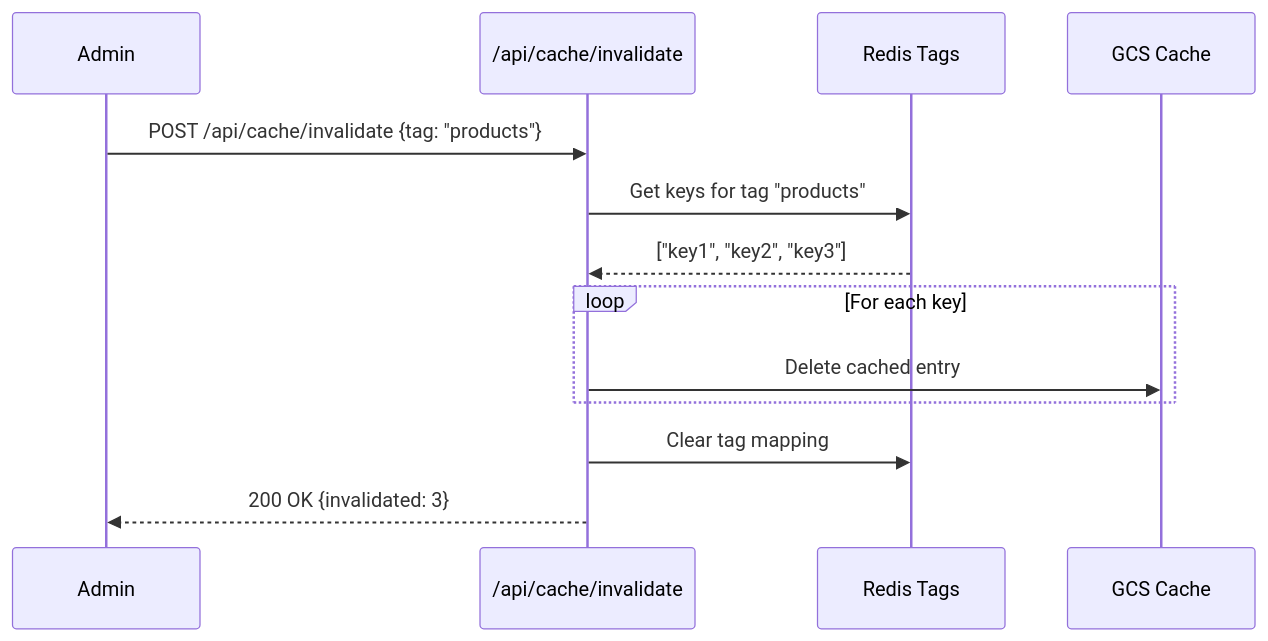
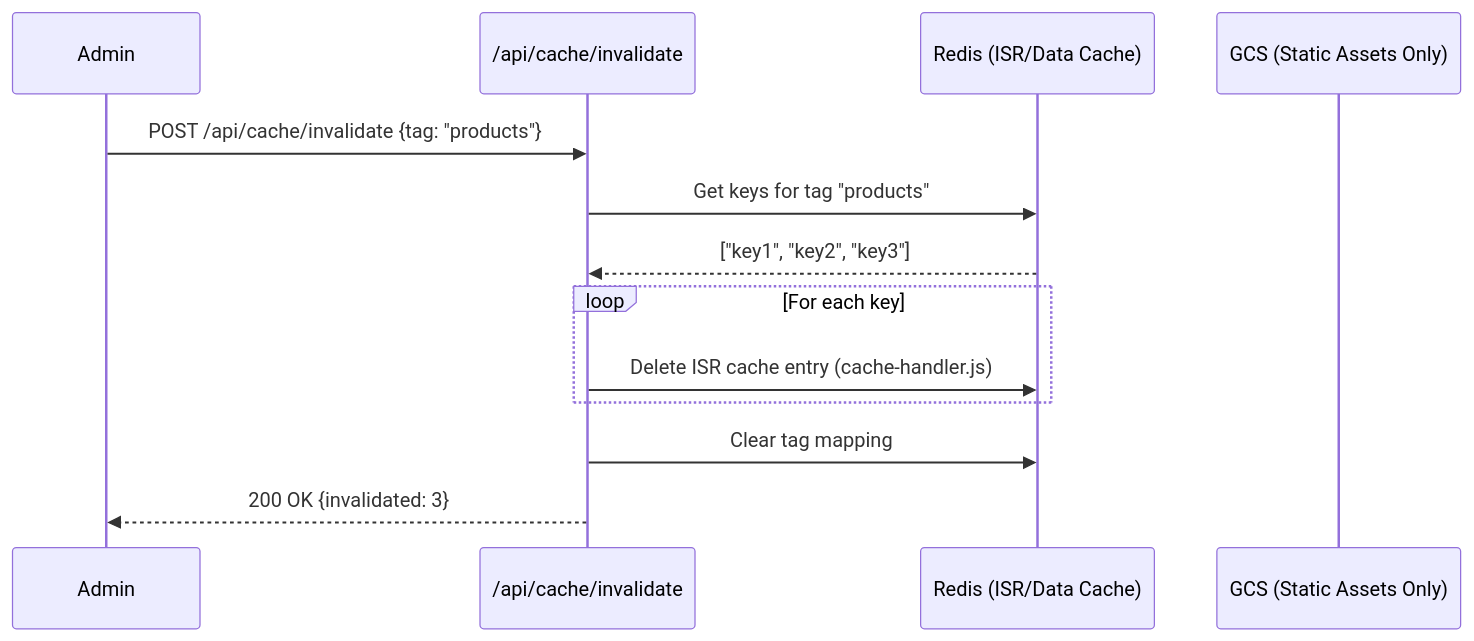
The third of 5 diagrams in docs/ARCHITECTURE.md (getknext-dev/knext), drawn with Mermaid before and after one commit. The commit also changed other lines of this file and 3 other files, not shown here.

````diff
--- a/docs/ARCHITECTURE.md
+++ b/docs/ARCHITECTURE.md
@@ -123,16 +123,16 @@
 ```mermaid
 sequenceDiagram
     participant Admin
     participant API as /api/cache/invalidate
-    participant Redis as Redis Tags
-    participant GCS as GCS Cache
+    participant Redis as Redis (ISR/Data Cache)
+    participant GCS as GCS (Static Assets Only)
     
     Admin->>API: POST /api/cache/invalidate {tag: "products"}
     API->>Redis: Get keys for tag "products"
     Redis-->>API: ["key1", "key2", "key3"]
     loop For each key
-        API->>GCS: Delete cached entry
+        API->>Redis: Delete ISR cache entry (cache-handler.js)
     end
     API->>Redis: Clear tag mapping
     API-->>Admin: 200 OK {invalidated: 3}
 ```
````
